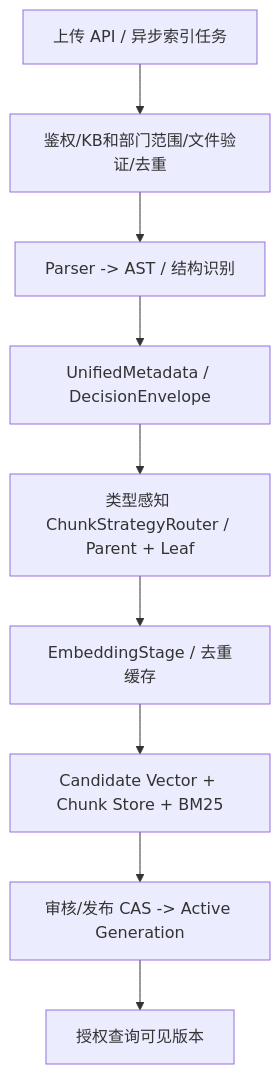
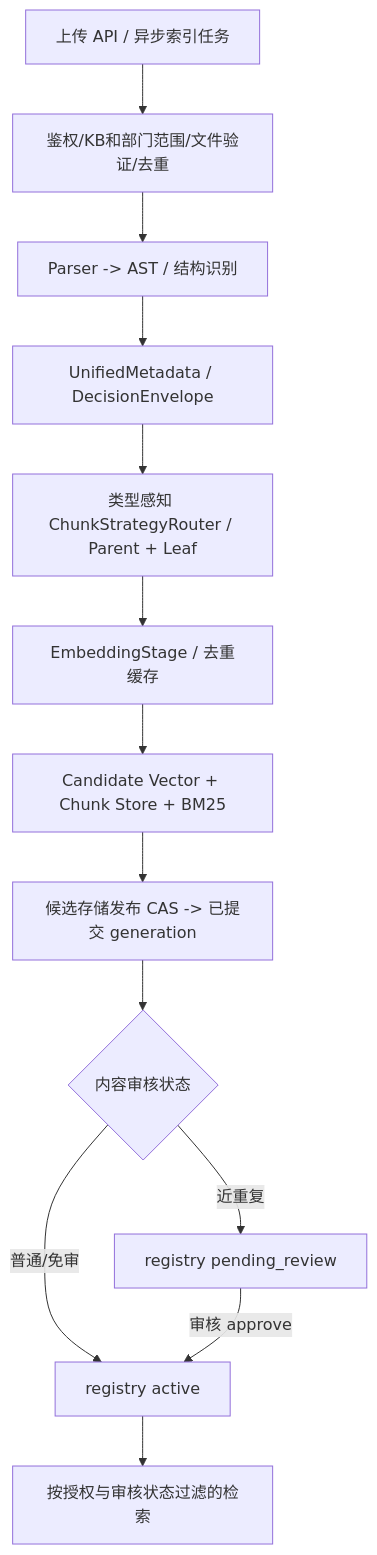
The first of 2 diagrams in docs/domains/rag.md (Jayus-07/agent), drawn with Mermaid before and after one commit. The commit also changed other lines of this file and 2 other files, not shown here.

Commit message:
docs(review): clarify domain layer, DB role keys and distinct RAG publication/review states

````diff
--- a/docs/domains/rag.md
+++ b/docs/domains/rag.md
@@ -30,11 +30,15 @@
 ```mermaid
 flowchart TD
   UP[上传 API / 异步索引任务] --> V[鉴权/KB和部门范围/文件验证/去重]
   V --> PARSE[Parser -> AST / 结构识别]
   PARSE --> META[UnifiedMetadata / DecisionEnvelope]
   META --> CHUNK[类型感知 ChunkStrategyRouter / Parent + Leaf]
   CHUNK --> EMB[EmbeddingStage / 去重缓存]
   EMB --> CAND[Candidate Vector + Chunk Store + BM25]
-  CAND --> PUB[审核/发布 CAS -> Active Generation]
-  PUB --> SEARCH[授权查询可见版本]
+  CAND --> PUB[候选存储发布 CAS -> 已提交 generation]
+  PUB --> AUDIT{内容审核状态}
+  AUDIT -->|普通/免审| ACTIVE[registry active]
+  AUDIT -->|近重复| PENDING[registry pending_review]
+  PENDING -->|审核 approve| ACTIVE
+  ACTIVE --> SEARCH[按授权与审核状态过滤的检索]
 ```
````
